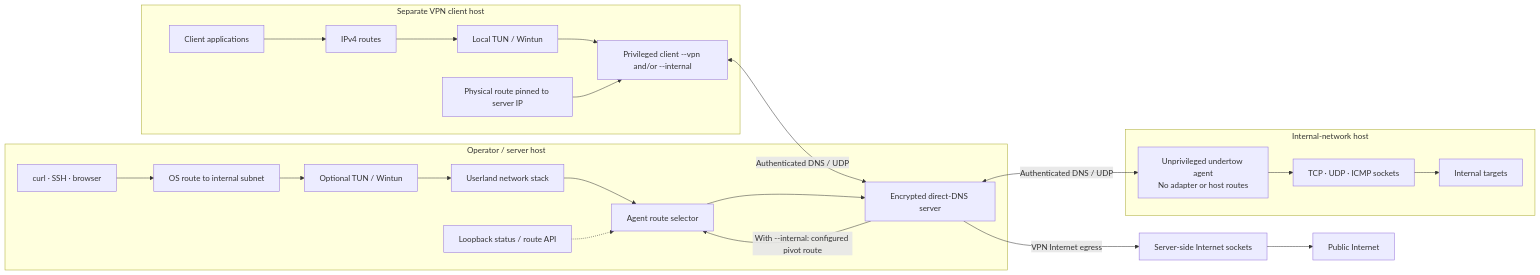
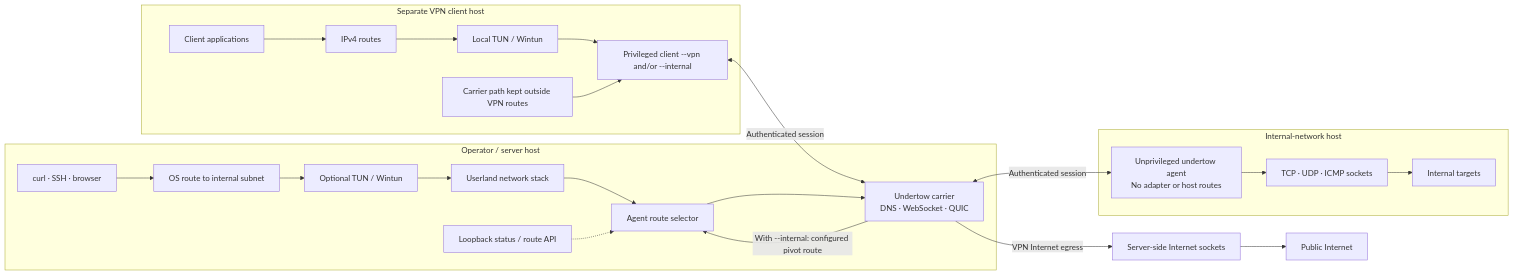
One commit to 0xP1ckl3d/Undertow changed the diagram in README.md. Above: the diagram before and after it, drawn with Mermaid. The commit also changed other lines of this file and 7 other files, not shown here.

Commit message:
Avoid loopback proxy route collision and clarify carrier UX

````diff
--- a/README.md
+++ b/README.md
@@ -45,32 +45,32 @@
 ```mermaid
 flowchart LR
   subgraph Operator["Operator / server host"]
     Tools["curl · SSH · browser"] --> Route["OS route to internal subnet"]
     Route --> ProxyTUN["Optional TUN / Wintun"]
     ProxyTUN --> Stack["Userland network stack"]
     Stack --> Selector["Agent route selector"]
-    DNS["Encrypted direct-DNS server"]
+    Carrier["Undertow carrier<br/>DNS · WebSocket · QUIC"]
     Control["Loopback status / route API"]
-    Selector --> DNS
+    Selector --> Carrier
   end
 
   subgraph AgentHost["Internal-network host"]
     Agent["Unprivileged undertow agent<br/>No adapter or host routes"] --> Sockets["TCP · UDP · ICMP sockets"]
     Sockets --> Internal["Internal targets"]
   end
 
   subgraph VPNHost["Separate VPN client host"]
     Apps["Client applications"] --> VPNRoute["IPv4 routes"]
     VPNRoute --> ClientTUN["Local TUN / Wintun"]
     ClientTUN --> VPN["Privileged client --vpn and/or --internal"]
-    Physical["Physical route pinned to server IP"] --> VPN
+    Physical["Carrier path kept outside VPN routes"] --> VPN
   end
 
-  DNS <-->|"Authenticated DNS / UDP"| Agent
-  VPN <-->|"Authenticated DNS / UDP"| DNS
-  DNS -->|"VPN Internet egress"| ServerSockets["Server-side Internet sockets"]
+  Carrier <-->|"Authenticated session"| Agent
+  VPN <-->|"Authenticated session"| Carrier
+  Carrier -->|"VPN Internet egress"| ServerSockets["Server-side Internet sockets"]
   ServerSockets --> Internet["Public Internet"]
-  DNS -->|"With --internal: configured pivot route"| Selector
+  Carrier -->|"With --internal: configured pivot route"| Selector
 
   Control -.-> Selector
 ```
````
